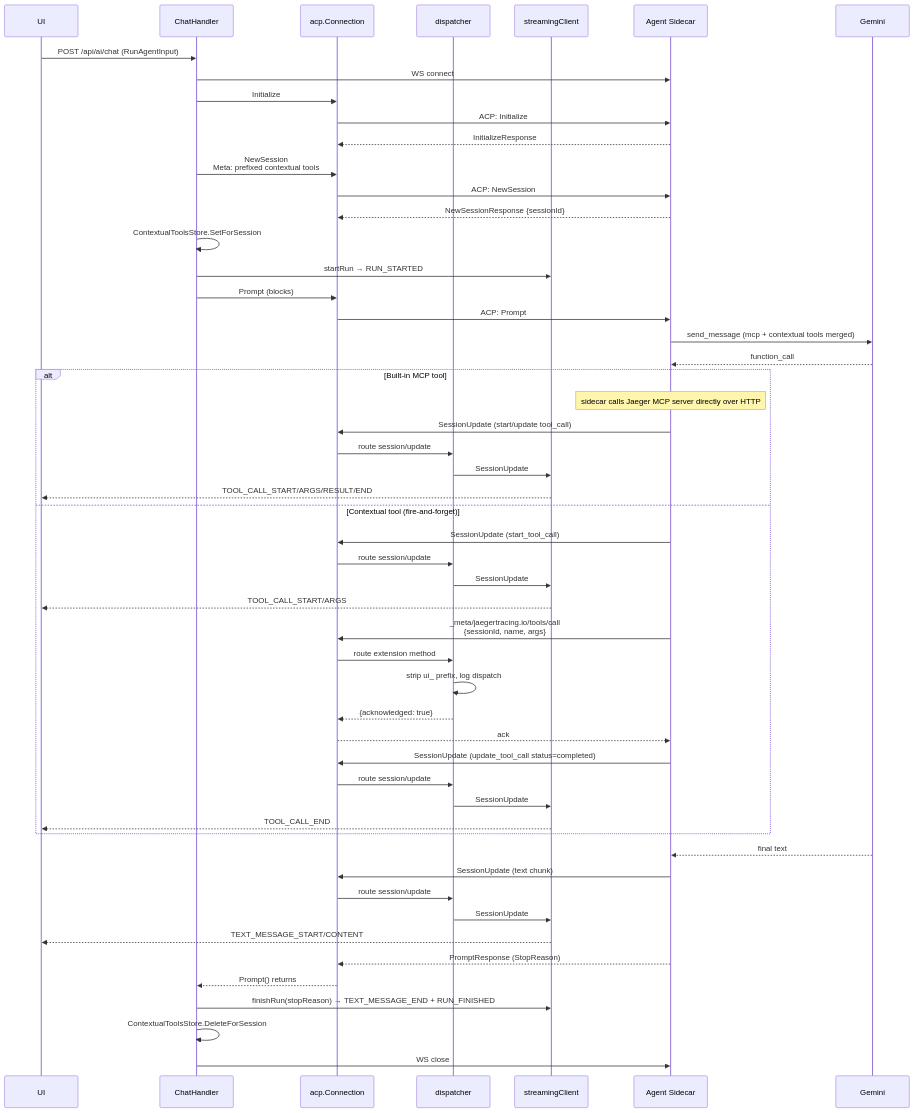
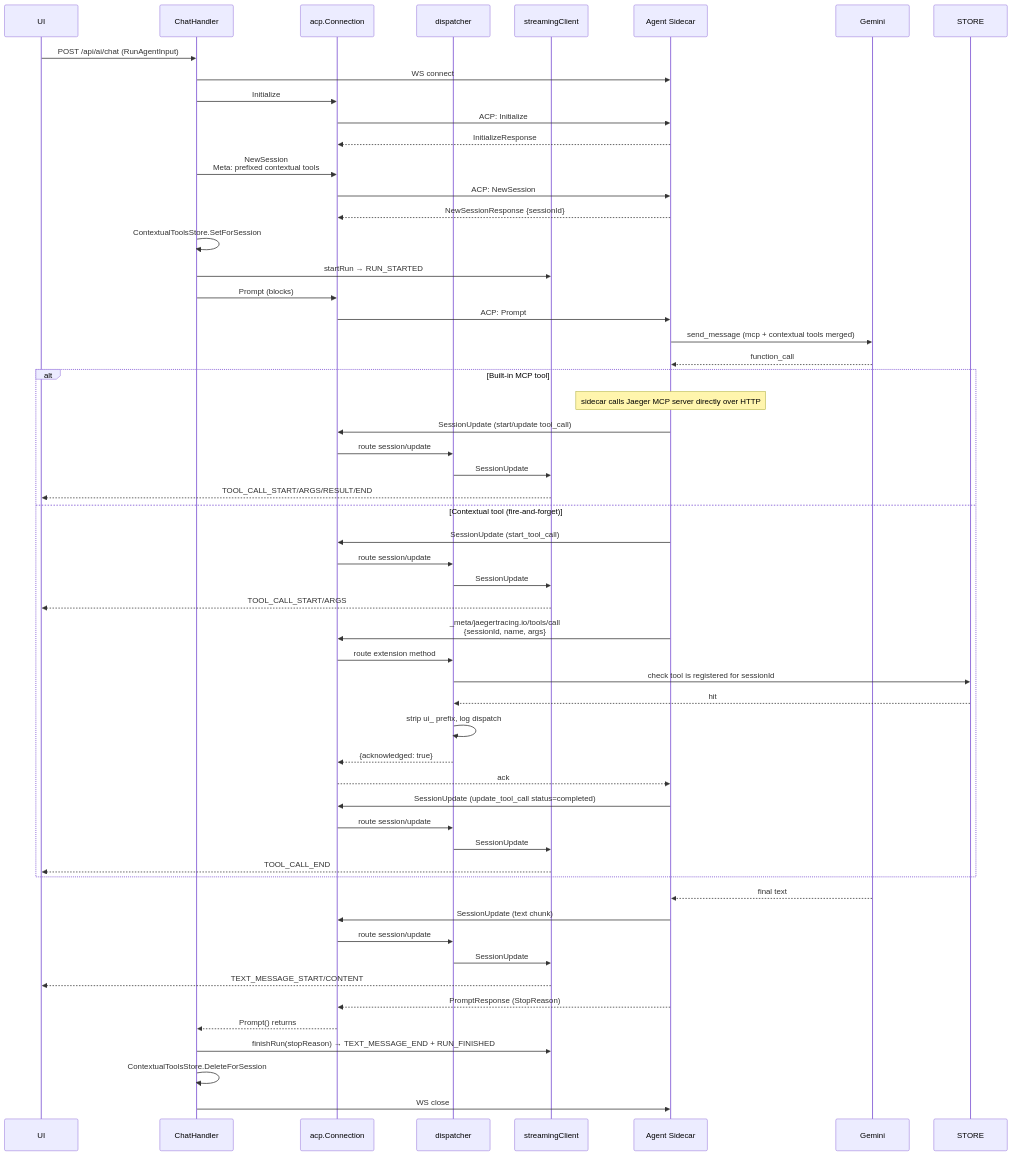
The second of 2 diagrams in cmd/jaeger/internal/extension/jaegerquery/internal/jaegerai/README.md (jaegertracing/jaeger), drawn with Mermaid before and after one commit. The commit also changed other lines of this file and 5 other files, not shown here.

````diff
--- a/cmd/jaeger/internal/extension/jaegerquery/internal/jaegerai/README.md
+++ b/cmd/jaeger/internal/extension/jaegerquery/internal/jaegerai/README.md
@@ -149,59 +156,61 @@
 ```mermaid
 sequenceDiagram
     participant UI
     participant ChatHandler
     participant acpConn as acp.Connection
     participant DSP as dispatcher
     participant SC as streamingClient
     participant Sidecar as Agent Sidecar
     participant Gemini
 
     UI->>ChatHandler: POST /api/ai/chat (RunAgentInput)
     ChatHandler->>Sidecar: WS connect
     ChatHandler->>acpConn: Initialize
     acpConn->>Sidecar: ACP: Initialize
     Sidecar-->>acpConn: InitializeResponse
     ChatHandler->>acpConn: NewSession<br>Meta: prefixed contextual tools
     acpConn->>Sidecar: ACP: NewSession
     Sidecar-->>acpConn: NewSessionResponse {sessionId}
     ChatHandler->>ChatHandler: ContextualToolsStore.SetForSession
     ChatHandler->>SC: startRun → RUN_STARTED
     ChatHandler->>acpConn: Prompt (blocks)
     acpConn->>Sidecar: ACP: Prompt
 
     Sidecar->>Gemini: send_message (mcp + contextual tools merged)
     Gemini-->>Sidecar: function_call
 
     alt Built-in MCP tool
         Note over Sidecar: sidecar calls Jaeger MCP server directly over HTTP
         Sidecar->>acpConn: SessionUpdate (start/update tool_call)
         acpConn->>DSP: route session/update
         DSP->>SC: SessionUpdate
         SC-->>UI: TOOL_CALL_START/ARGS/RESULT/END
     else Contextual tool (fire-and-forget)
         Sidecar->>acpConn: SessionUpdate (start_tool_call)
         acpConn->>DSP: route session/update
         DSP->>SC: SessionUpdate
         SC-->>UI: TOOL_CALL_START/ARGS
         Sidecar->>acpConn: _meta/jaegertracing.io/tools/call<br>{sessionId, name, args}
         acpConn->>DSP: route extension method
+        DSP->>STORE: check tool is registered for sessionId
+        STORE-->>DSP: hit
         DSP->>DSP: strip ui_ prefix, log dispatch
         DSP-->>acpConn: {acknowledged: true}
         acpConn-->>Sidecar: ack
         Sidecar->>acpConn: SessionUpdate (update_tool_call status=completed)
         acpConn->>DSP: route session/update
         DSP->>SC: SessionUpdate
         SC-->>UI: TOOL_CALL_END
     end
 
     Gemini-->>Sidecar: final text
     Sidecar->>acpConn: SessionUpdate (text chunk)
     acpConn->>DSP: route session/update
     DSP->>SC: SessionUpdate
     SC-->>UI: TEXT_MESSAGE_START/CONTENT
     Sidecar-->>acpConn: PromptResponse (StopReason)
     acpConn-->>ChatHandler: Prompt() returns
     ChatHandler->>SC: finishRun(stopReason) → TEXT_MESSAGE_END + RUN_FINISHED
     ChatHandler->>ChatHandler: ContextualToolsStore.DeleteForSession
     ChatHandler->>Sidecar: WS close
 ```
````
